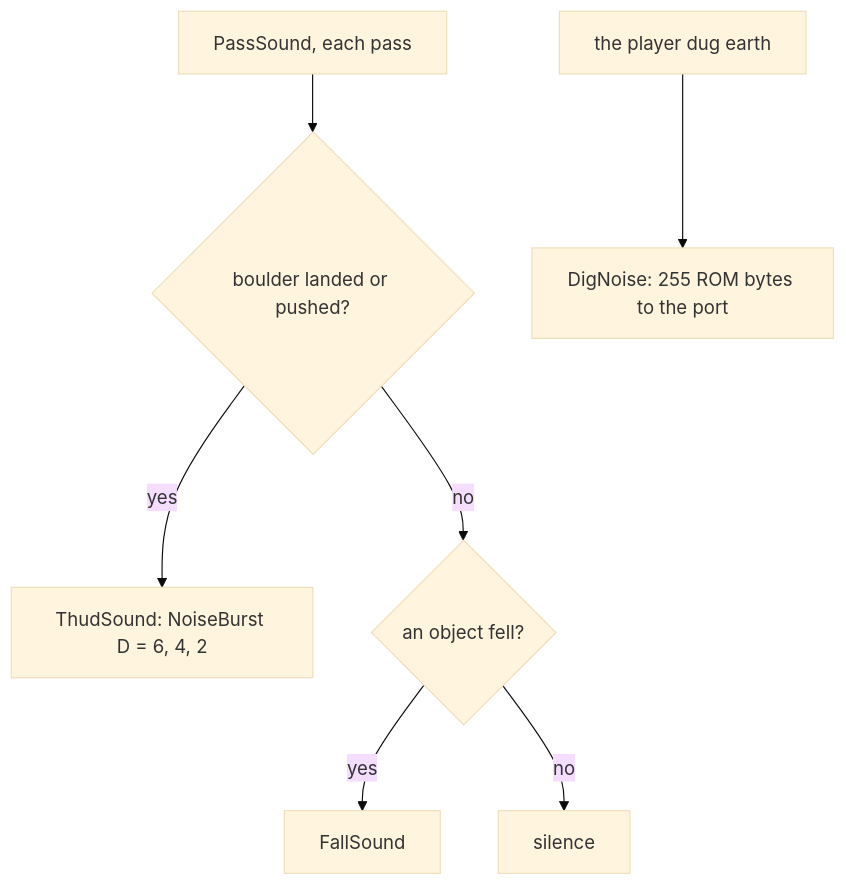
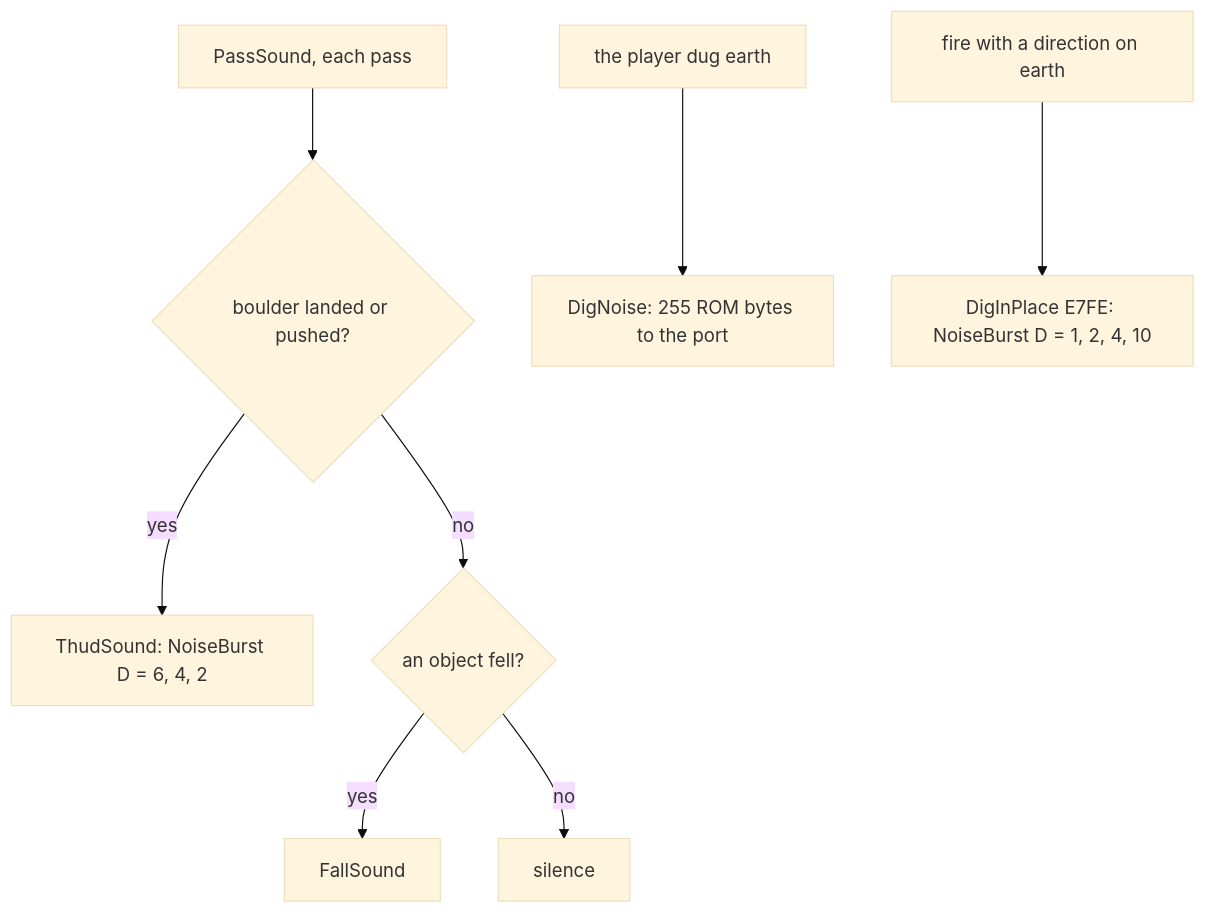
One commit to alfishe/unrealng-reverse-cases changed the seventh of 10 diagrams in games/earth-shaker/docs/09-sound.md. Above: the diagram before and after it, drawn with Mermaid (base theme). The commit also changed other lines of this file and 52 other files, not shown here.

Commit message:
Earth Shaker: review round 1 fixes (jelly bean, stack depth, menu flow, DigInPlace sound, teleport-599 bug, witness counts recounted, bright quarters)

````diff
--- a/games/earth-shaker/docs/09-sound.md
+++ b/games/earth-shaker/docs/09-sound.md
@@ -483,9 +491,10 @@
 ```mermaid
 flowchart TD
     A["PassSound, each pass"] --> B{"boulder landed or pushed?"}
     B -- yes --> C["ThudSound: NoiseBurst D = 6, 4, 2"]
     B -- no --> D{"an object fell?"}
     D -- yes --> E["FallSound"]
     D -- no --> F["silence"]
     G["the player dug earth"] --> H["DigNoise: 255 ROM bytes to the port"]
+    I["fire with a direction on earth"] --> J["DigInPlace E7FE: NoiseBurst D = 1, 2, 4, 10"]
 ```
````
